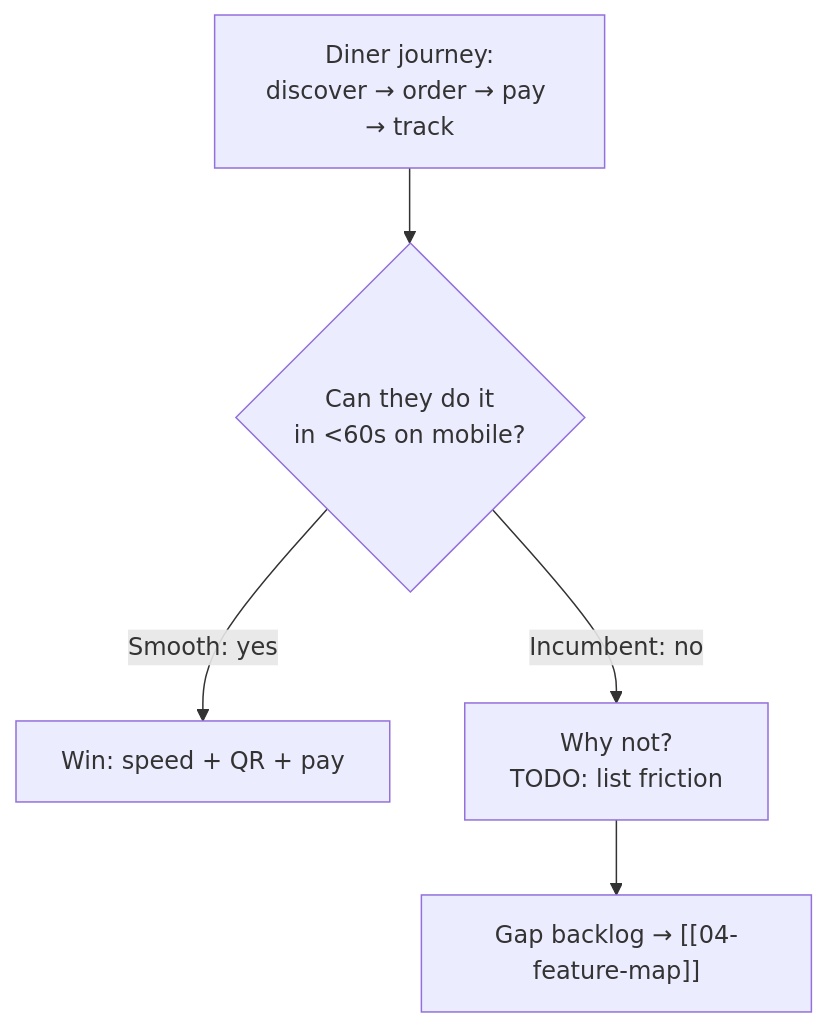
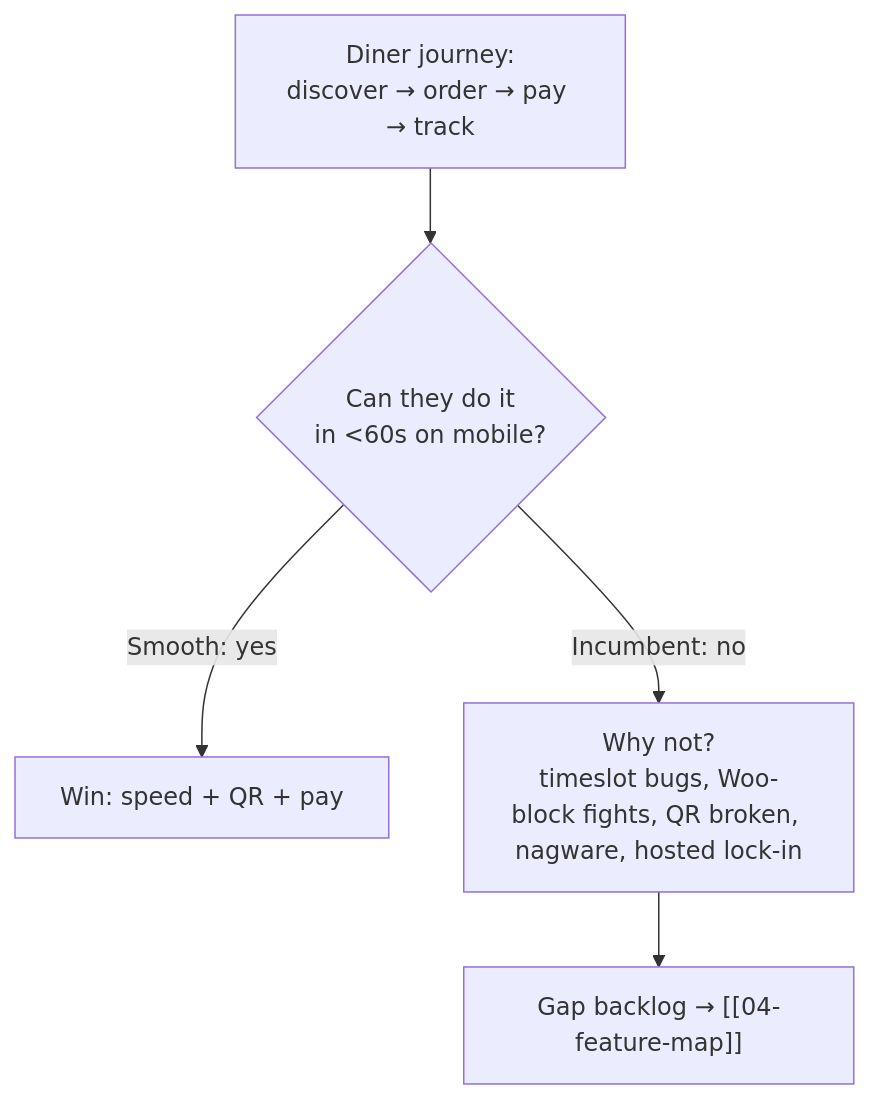
Before and after one commit to sakib3201/smooth-restaurant: the second of 2 diagrams in smooth-restuarant/02-market-competitors.md, drawn with Mermaid. The commit also changed other lines of this file and 17 other files, not shown here.

````diff
--- a/smooth-restuarant/02-market-competitors.md
+++ b/smooth-restuarant/02-market-competitors.md
@@ -53,10 +57,10 @@
 ```mermaid
 flowchart TD
     CUST["Diner journey:<br/>discover → order → pay → track"]
     CUST --> D1{"Can they do it<br/>in <60s on mobile?"}
     D1 -->|Smooth: yes| WIN["Win: speed + QR + pay"]
-    D1 -->|Incumbent: no| WHY["Why not?<br/>TODO: list friction"]
+    D1 -->|Incumbent: no| WHY["Why not?<br/>timeslot bugs, Woo-block fights, QR broken, nagware, hosted lock-in"]
     WHY --> GAP["Gap backlog → [[04-feature-map]]"]
 
     class WIN internal-link
 ```
````
